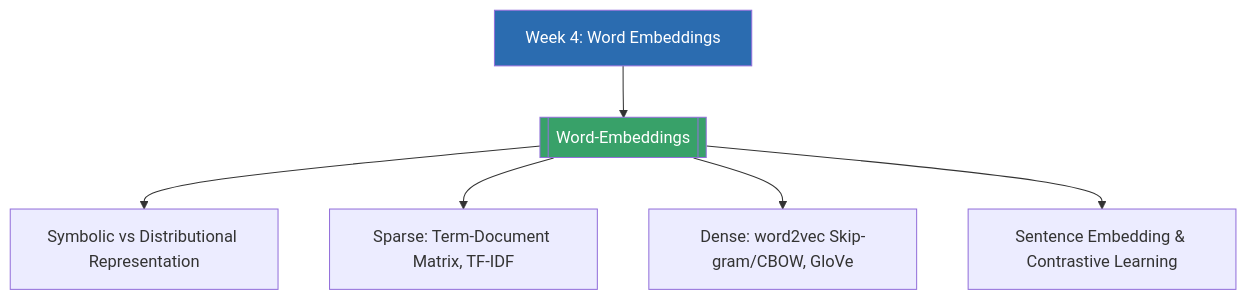
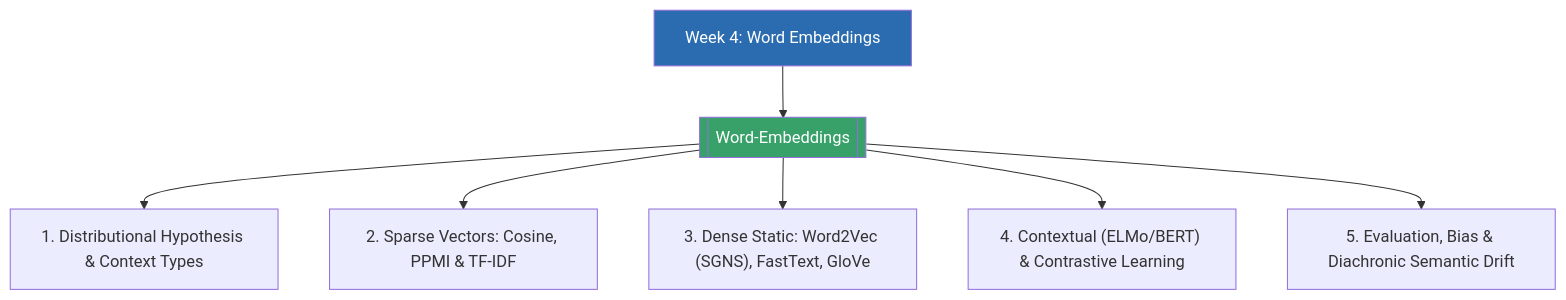
Before and after one commit to PhuriphatTyPeZ3r0/Course-1323404-Natural-Language-Processing-2026: the diagram in 01_Lectures/Week4/Week4-MOC.md, drawn with Mermaid. The commit also changed other lines of this file and 17 other files, not shown here.

````diff
--- a/01_Lectures/Week4/Week4-MOC.md
+++ b/01_Lectures/Week4/Week4-MOC.md
@@ -28,11 +36,12 @@
 ```mermaid
 graph TD
-    MOC[Week 4: Word Embeddings] --> A[[Word-Embeddings]]
-    A --> A1[Symbolic vs Distributional Representation]
-    A --> A2[Sparse: Term-Document Matrix, TF-IDF]
-    A --> A3[Dense: word2vec Skip-gram/CBOW, GloVe]
-    A --> A4[Sentence Embedding & Contrastive Learning]
+    MOC["Week 4: Word Embeddings"] --> A[[Word-Embeddings]]
+    A --> A1["1. Distributional Hypothesis & Context Types"]
+    A --> A2["2. Sparse Vectors: Cosine, PPMI & TF-IDF"]
+    A --> A3["3. Dense Static: Word2Vec (SGNS), FastText, GloVe"]
+    A --> A4["4. Contextual (ELMo/BERT) & Contrastive Learning"]
+    A --> A5["5. Evaluation, Bias & Diachronic Semantic Drift"]
 
     style MOC fill:#2b6cb0,color:#fff
     style A fill:#38a169,color:#fff
 ```
````
